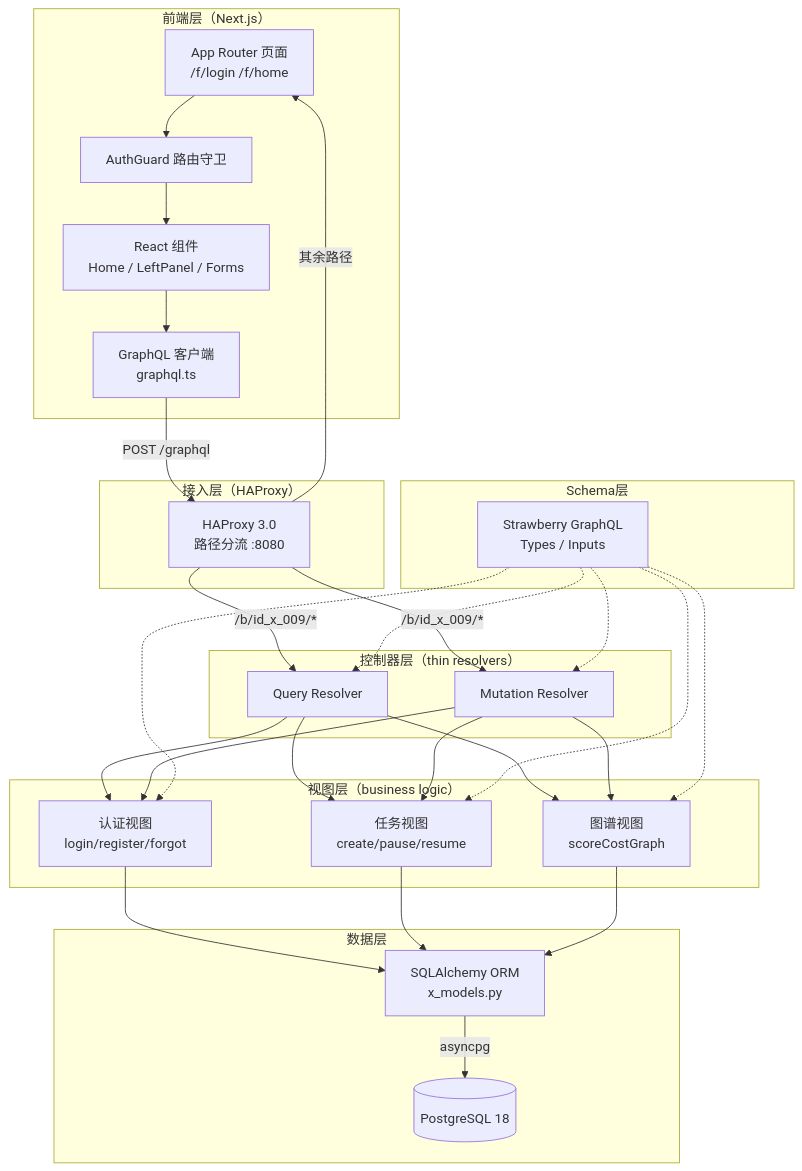
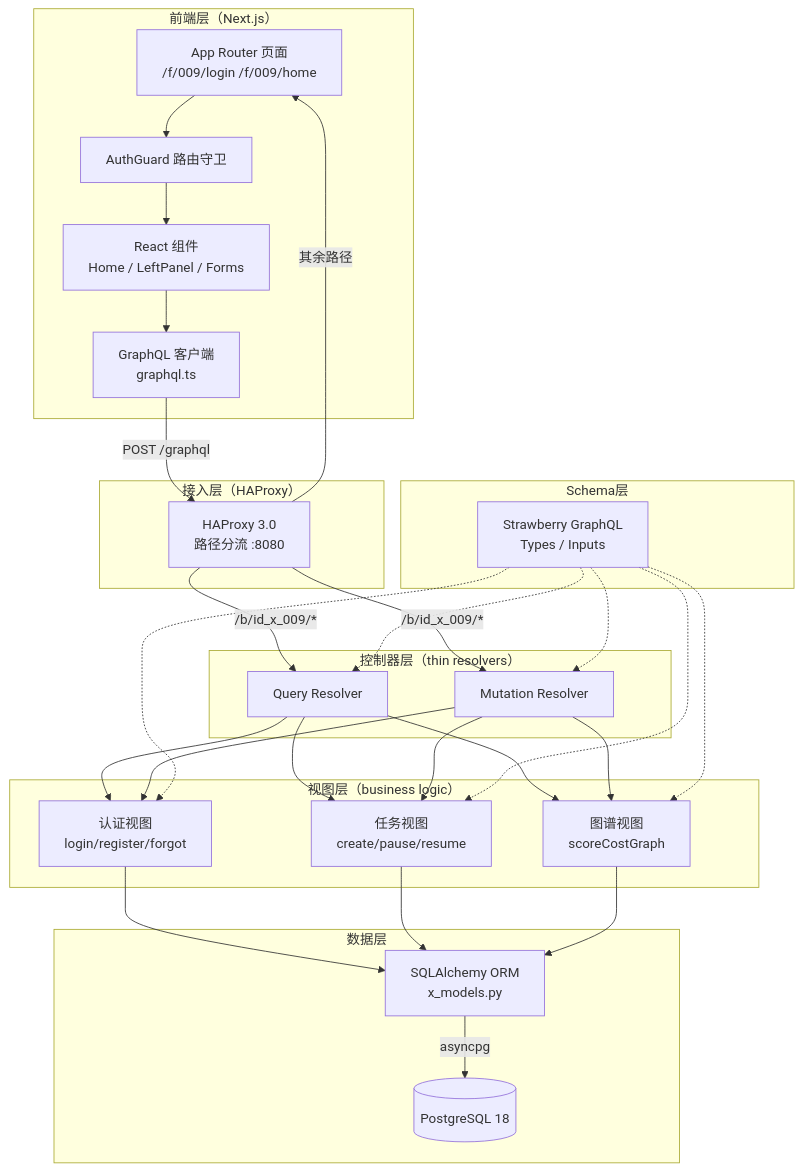
The first of 9 diagrams in docs/技术侧拆解.md (i-TorchLabs/id_x_009), drawn with Mermaid before and after one commit. The commit also changed other lines of this file and 37 other files, not shown here.

````diff
--- a/docs/技术侧拆解.md
+++ b/docs/技术侧拆解.md
@@ -54,44 +54,44 @@
 ```mermaid
 graph TB
     subgraph 前端层["前端层（Next.js）"]
-        Pages["App Router 页面<br/>/f/login /f/home"]
+        Pages["App Router 页面<br/>/f/009/login /f/009/home"]
         AuthGuard["AuthGuard 路由守卫"]
         Components["React 组件<br/>Home / LeftPanel / Forms"]
         GraphQLClient["GraphQL 客户端<br/>graphql.ts"]
     end
 
     subgraph 接入层["接入层（HAProxy）"]
         HAProxy["HAProxy 3.0<br/>路径分流 :8080"]
     end
 
     subgraph 控制器层["控制器层（thin resolvers）"]
         Query["Query Resolver"]
         Mutation["Mutation Resolver"]
     end
 
     subgraph 视图层["视图层（business logic）"]
         AuthViews["认证视图<br/>login/register/forgot"]
         TaskViews["任务视图<br/>create/pause/resume"]
         GraphViews["图谱视图<br/>scoreCostGraph"]
     end
 
     subgraph 数据层["数据层"]
         ORM["SQLAlchemy ORM<br/>x_models.py"]
         PG[("PostgreSQL 18")]
     end
 
     subgraph Schema层["Schema层"]
         Schemas["Strawberry GraphQL<br/>Types / Inputs"]
     end
 
     Pages --> AuthGuard --> Components --> GraphQLClient
     GraphQLClient -->|POST /graphql| HAProxy
     HAProxy -->|/b/id_x_009/*| Query & Mutation
     HAProxy -->|其余路径| Pages
     Query --> AuthViews & TaskViews & GraphViews
     Mutation --> AuthViews & TaskViews & GraphViews
     AuthViews & TaskViews & GraphViews --> ORM
     ORM -->|asyncpg| PG
     Schemas -.-> Query & Mutation
     Schemas -.-> AuthViews & TaskViews & GraphViews
 ```
````
